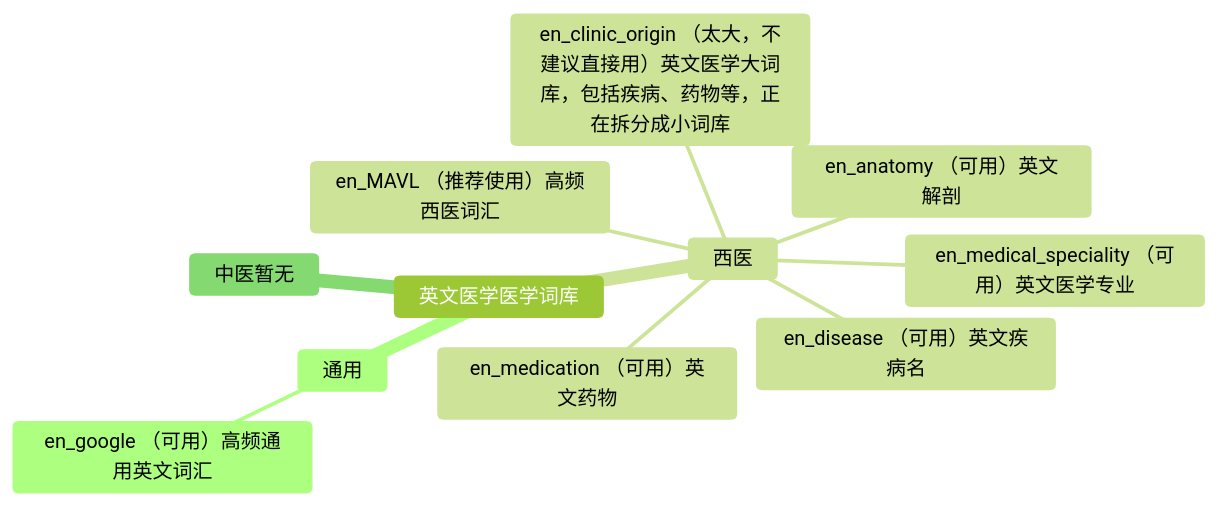
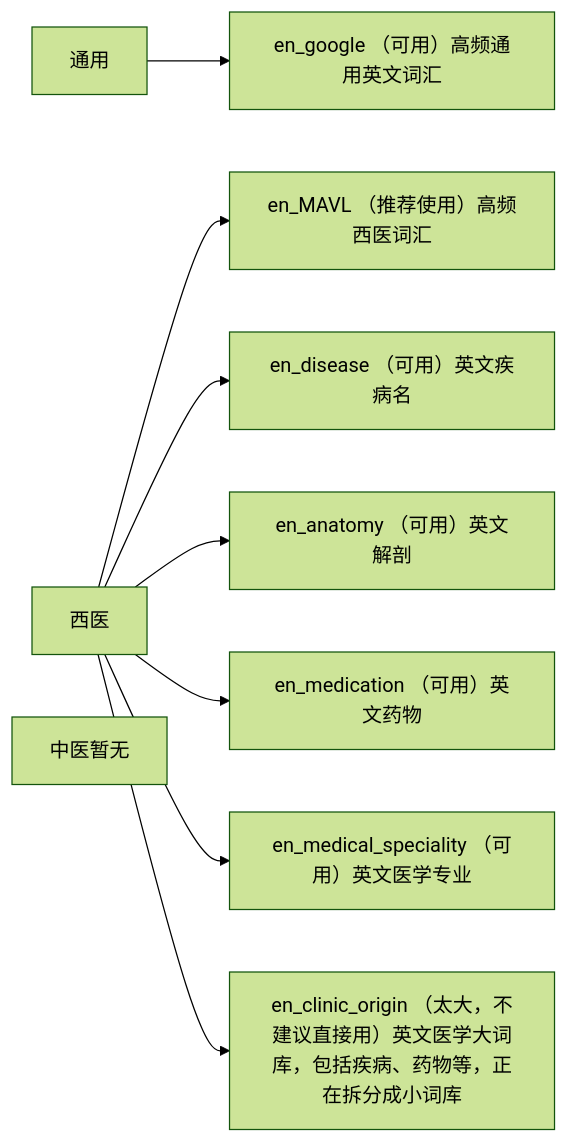
Before and after one commit to whitewatercn/rime_clinic: the second of 2 diagrams in README.md, drawn with Mermaid (forest theme). The commit also changed other lines of this file, not shown here.

Commit message:
修改mermaid为流程图

````diff
--- a/README.md
+++ b/README.md
@@ -42,14 +41,12 @@
 ```mermaid
-mindmap
-   英文医学医学词库
-        通用
-            en_google （可用）高频通用英文词汇
-        西医
-            en_MAVL （推荐使用）高频西医词汇
-            en_disease （可用）英文疾病名
-            en_anatomy （可用）英文解剖
-            en_medication （可用）英文药物
-            en_medical_speciality （可用）英文医学专业
-            en_clinic_origin （太大，不建议直接用）英文医学大词库，包括疾病、药物等，正在拆分成小词库
-        中医暂无
+flowchart LR
+    通用[通用] --> en_google[en_google （可用）高频通用英文词汇]
+    西医[西医] --> en_MAVL[en_MAVL （推荐使用）高频西医词汇]
+    西医[西医] --> en_disease[en_disease （可用）英文疾病名]
+    西医[西医] --> en_anatomy[en_anatomy （可用）英文解剖]
+    西医[西医] --> en_medication[en_medication （可用）英文药物]
+    西医[西医] --> en_medical_speciality[en_medical_speciality （可用）英文医学专业]
+    西医[西医] --> en_clinic_origin[en_clinic_origin （太大，不建议直接用）英文医学大词库，包括疾病、药物等，正在拆分成小词库]
+    中医[中医暂无]
+
 ```
````
